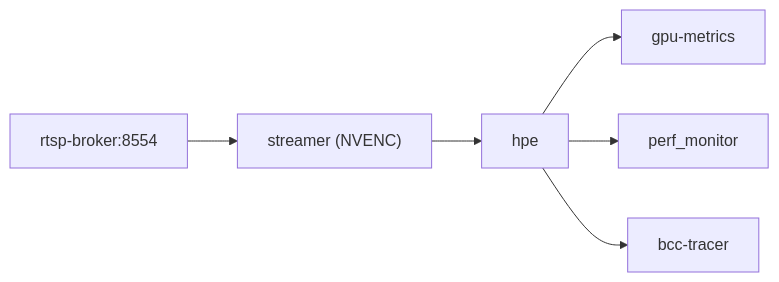
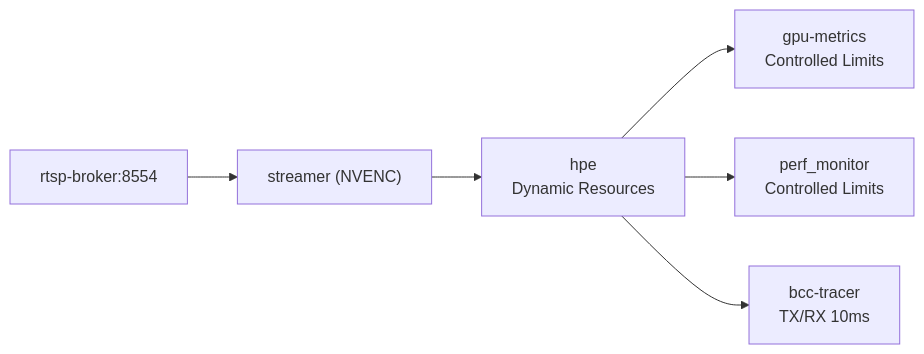
One commit to Fogus-Gr/MeasurementsDTs changed the third of 3 diagrams in .qoder/repowiki/en/content/Deployment Infrastructure/Containerization and Docker Configuration.md. Above: the diagram before and after it, drawn with Mermaid. The commit also changed other lines of this file and 14 other files, not shown here.

````diff
--- a/.qoder/repowiki/en/content/Deployment Infrastructure/Containerization and Docker Configuration.md
+++ b/.qoder/repowiki/en/content/Deployment Infrastructure/Containerization and Docker Configuration.md
@@ -311,8 +341,8 @@
 ```mermaid
 graph LR
 BROKER["rtsp-broker:8554"] --> STREAMER["streamer (NVENC)"]
-STREAMER --> HPE["hpe"]
-HPE --> GPU["gpu-metrics"]
-HPE --> PERF["perf_monitor"]
-HPE --> BPF["bcc-tracer"]
+STREAMER --> HPE["hpe<br/>Dynamic Resources"]
+HPE --> GPU["gpu-metrics<br/>Controlled Limits"]
+HPE --> PERF["perf_monitor<br/>Controlled Limits"]
+HPE --> BPF["bcc-tracer<br/>TX/RX 10ms"]
 ```
````
